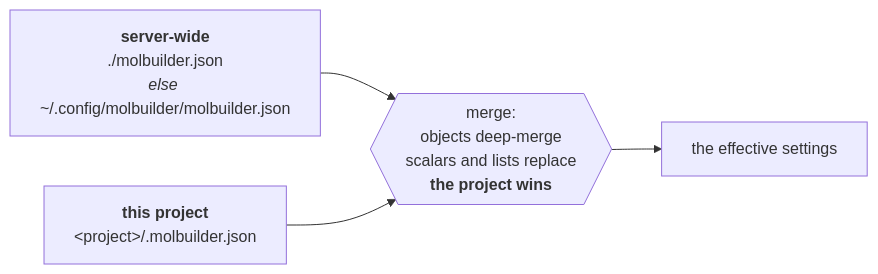
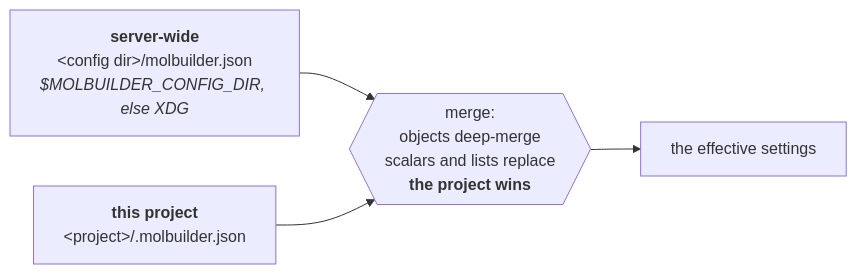
Before and after one commit to Qing-LAB/molbuilder: the sixth of 9 diagrams in docs/execution/architecture.md, drawn with Mermaid. The commit also changed other lines of this file and 49 other files, not shown here.

````diff
--- a/docs/execution/architecture.md
+++ b/docs/execution/architecture.md
@@ -671,9 +671,9 @@
 ```mermaid
 flowchart LR
-    A["<b>server-wide</b><br/>./molbuilder.json<br/><i>else</i> ~/.config/molbuilder/molbuilder.json"]
+    A["<b>server-wide</b><br/>&lt;config dir&gt;/molbuilder.json<br/><i>$MOLBUILDER_CONFIG_DIR, else XDG</i>"]
     B["<b>this project</b><br/>&lt;project&gt;/.molbuilder.json"]
     M{{"merge:<br/>objects deep-merge<br/>scalars and lists replace<br/><b>the project wins</b>"}}
     R["the effective settings"]
     A --> M
     B --> M --> R
 ```
````
